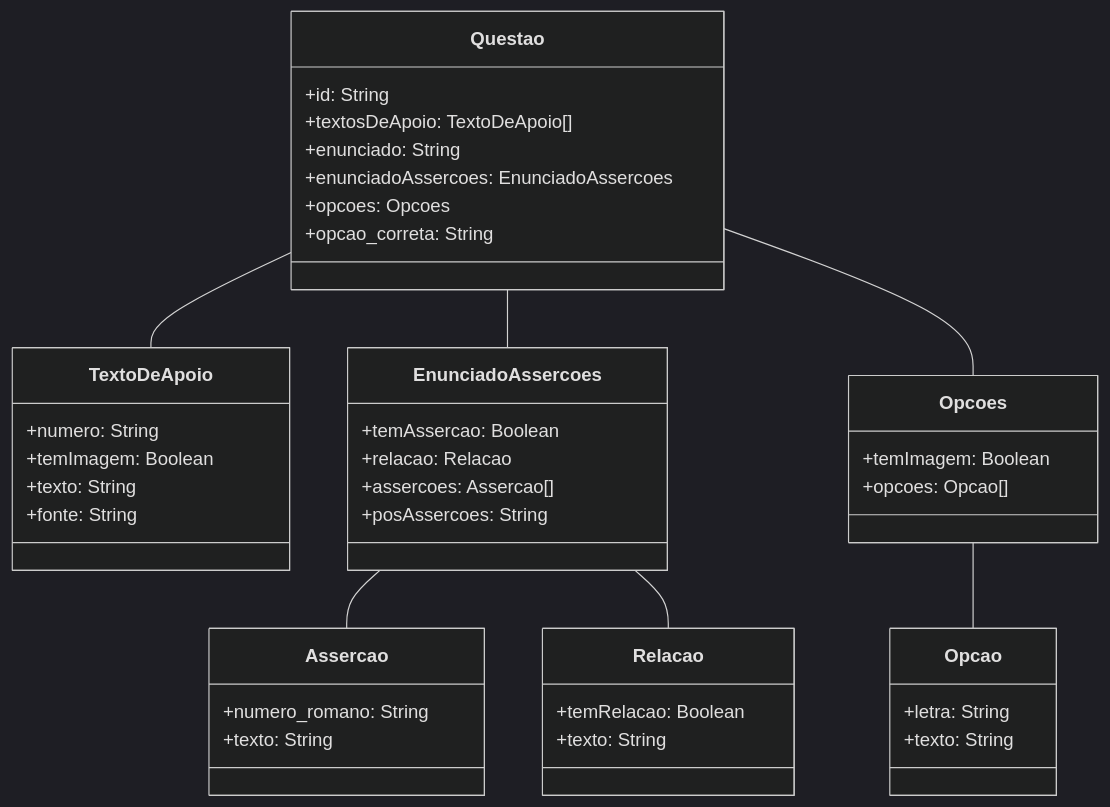
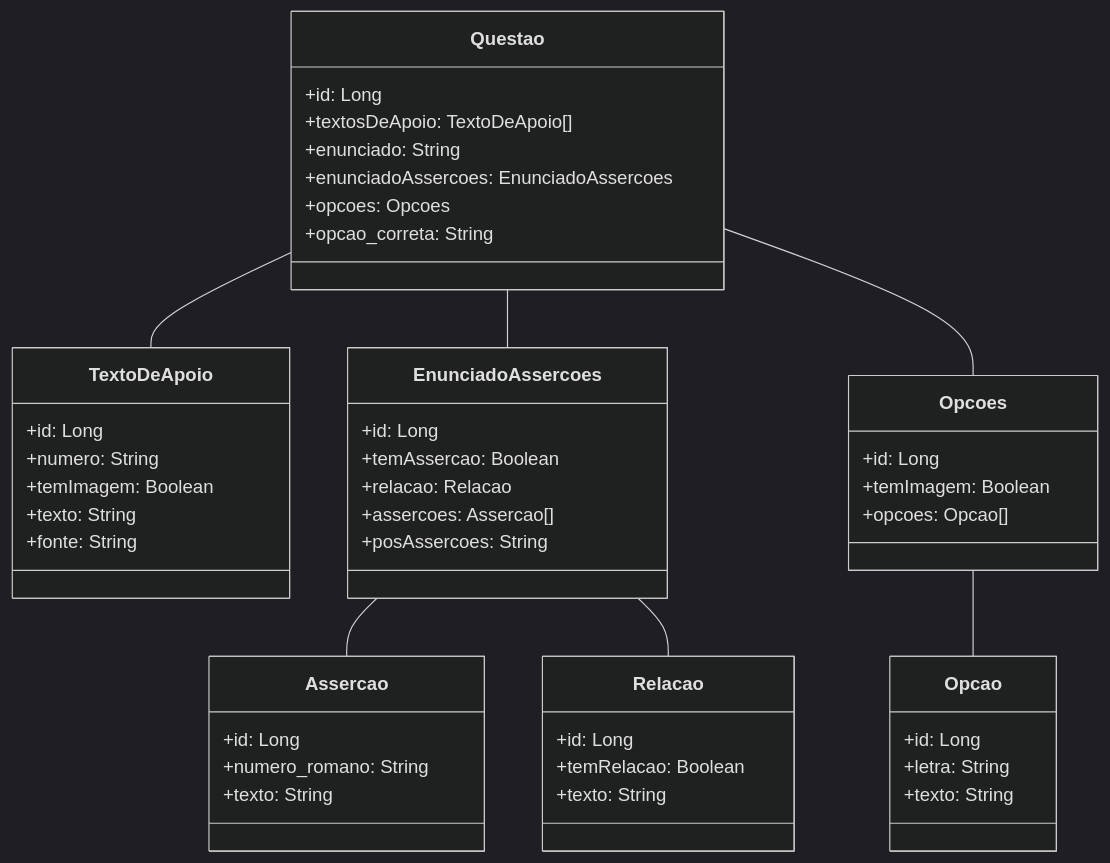
One commit to LeviPereira9/primeiraapi changed the diagram in README.md. Above: the diagram before and after it, drawn with Mermaid (dark theme).

````diff
--- a/README.md
+++ b/README.md
@@ -4,52 +4,58 @@
 ```mermaid
 classDiagram
     class Questao {
-        +id: String
+        +id: Long
         +textosDeApoio: TextoDeApoio[]
         +enunciado: String
         +enunciadoAssercoes: EnunciadoAssercoes
         +opcoes: Opcoes
         +opcao_correta: String
     }
 
     class TextoDeApoio {
+        +id: Long
         +numero: String
         +temImagem: Boolean
         +texto: String
         +fonte: String
     }
 
     class EnunciadoAssercoes {
+        +id: Long
         +temAssercao: Boolean
         +relacao: Relacao
         +assercoes: Assercao[]
         +posAssercoes: String
     }
 
     class Relacao {
+        +id: Long
         +temRelacao: Boolean
         +texto: String
     }
 
     class Assercao {
+        +id: Long
         +numero_romano: String
         +texto: String
     }
 
     class Opcoes {
+        +id: Long
         +temImagem: Boolean
         +opcoes: Opcao[]
     }
 
     class Opcao {
+        +id: Long
         +letra: String
         +texto: String
     }
 
     Questao -- TextoDeApoio
     Questao -- EnunciadoAssercoes
     Questao -- Opcoes
     Opcoes -- Opcao
     EnunciadoAssercoes -- Assercao
     EnunciadoAssercoes -- Relacao
 ```
````
